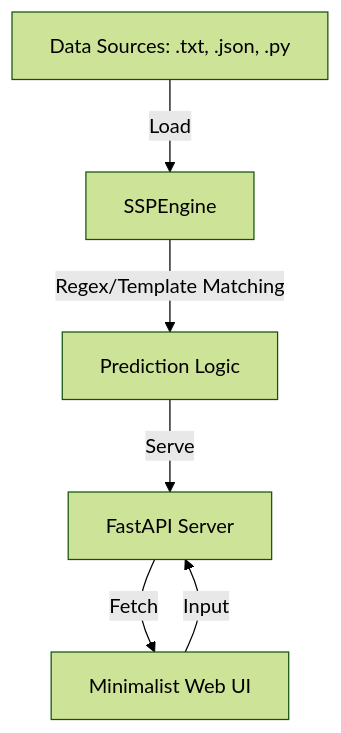
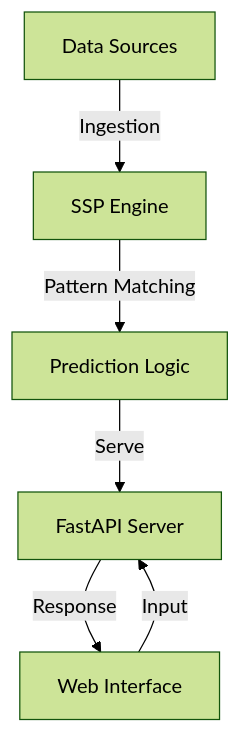
One commit to alexutzusoft/simplesp changed the diagram in README.md. Above: the diagram before and after it, drawn with Mermaid (forest theme). The commit also changed other lines of this file, not shown here.

````diff
--- a/README.md
+++ b/README.md
@@ -62,8 +62,8 @@
 ```mermaid
 graph TD
-    Data[Data Sources: .txt, .json, .py] -->|Load| Engine[SSPEngine]
-    Engine -->|Regex/Template Matching| Logic[Prediction Logic]
+    Data[Data Sources] -->|Ingestion| Engine[SSP Engine]
+    Engine -->|Pattern Matching| Logic[Prediction Logic]
     Logic -->|Serve| API[FastAPI Server]
-    API -->|Fetch| UI[Minimalist Web UI]
+    API -->|Response| UI[Web Interface]
     UI -->|Input| API
 ```
````
